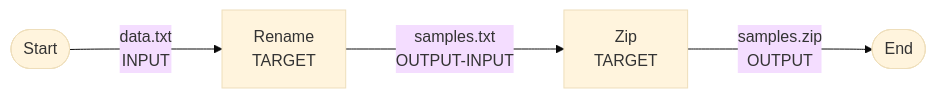
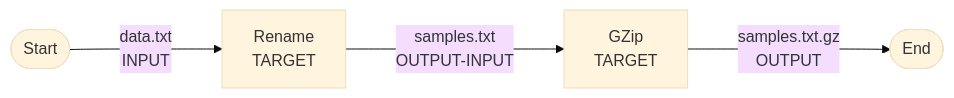
Before and after one commit to hds-sandbox/GDKworkshops: the third of 8 diagrams in webpage/resources/Slides/gwf/slides.qmd, drawn with Mermaid (base theme). The commit also changed other lines of this file and 4 other files, not shown here.

````diff
--- a/webpage/resources/Slides/gwf/slides.qmd
+++ b/webpage/resources/Slides/gwf/slides.qmd
@@ -125,8 +125,8 @@
 ```{mermaid}
 %%| fig-width: 10
 flowchart LR
   A0(["Start"]) --->|data.txt<br>INPUT| A[Rename<br>TARGET]
-  A --->|samples.txt<br>OUTPUT-INPUT| B[Zip<br>TARGET]
-  B --->|samples.zip<br>OUTPUT| C(["End"]);
+  A --->|samples.txt<br>OUTPUT-INPUT| B[GZip<br>TARGET]
+  B --->|samples.txt.gz<br>OUTPUT| C(["End"]);
 
 ```
````
